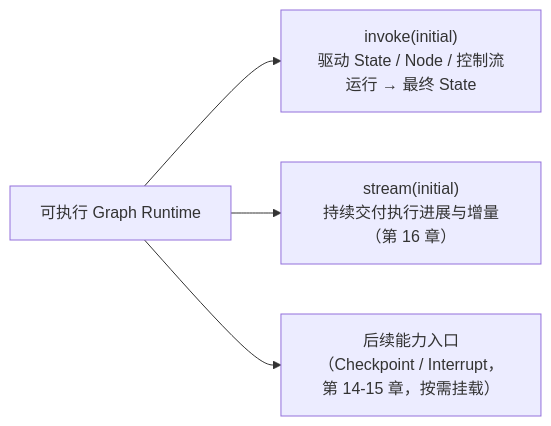
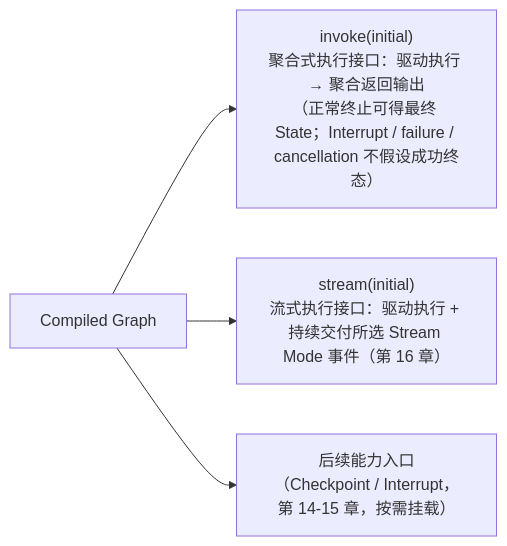
The third of 3 diagrams in docs/04-text2sql/ch18-stategraph-graph-runtime.md (AnRun-M/enterprise-ai-agent-handbook), drawn with Mermaid before and after one commit. The commit also changed other lines of this file and 2 other files, not shown here.

````diff
--- a/docs/04-text2sql/ch18-stategraph-graph-runtime.md
+++ b/docs/04-text2sql/ch18-stategraph-graph-runtime.md
@@ -142,6 +146,6 @@
 ```mermaid
 flowchart LR
-    RT["可执行 Graph Runtime"] --> INV["invoke(initial)\n驱动 State / Node / 控制流运行 → 最终 State"]
-    RT --> STR["stream(initial)\n持续交付执行进展与增量（第 16 章）"]
+    RT["Compiled Graph"] --> INV["invoke(initial)\n聚合式执行接口：驱动执行 → 聚合返回输出\n（正常终止可得最终 State；Interrupt / failure / cancellation 不假设成功终态）"]
+    RT --> STR["stream(initial)\n流式执行接口：驱动执行 + 持续交付所选 Stream Mode 事件（第 16 章）"]
     RT --> NEXT["后续能力入口\n（Checkpoint / Interrupt，第 14-15 章，按需挂载）"]
 ```
````
